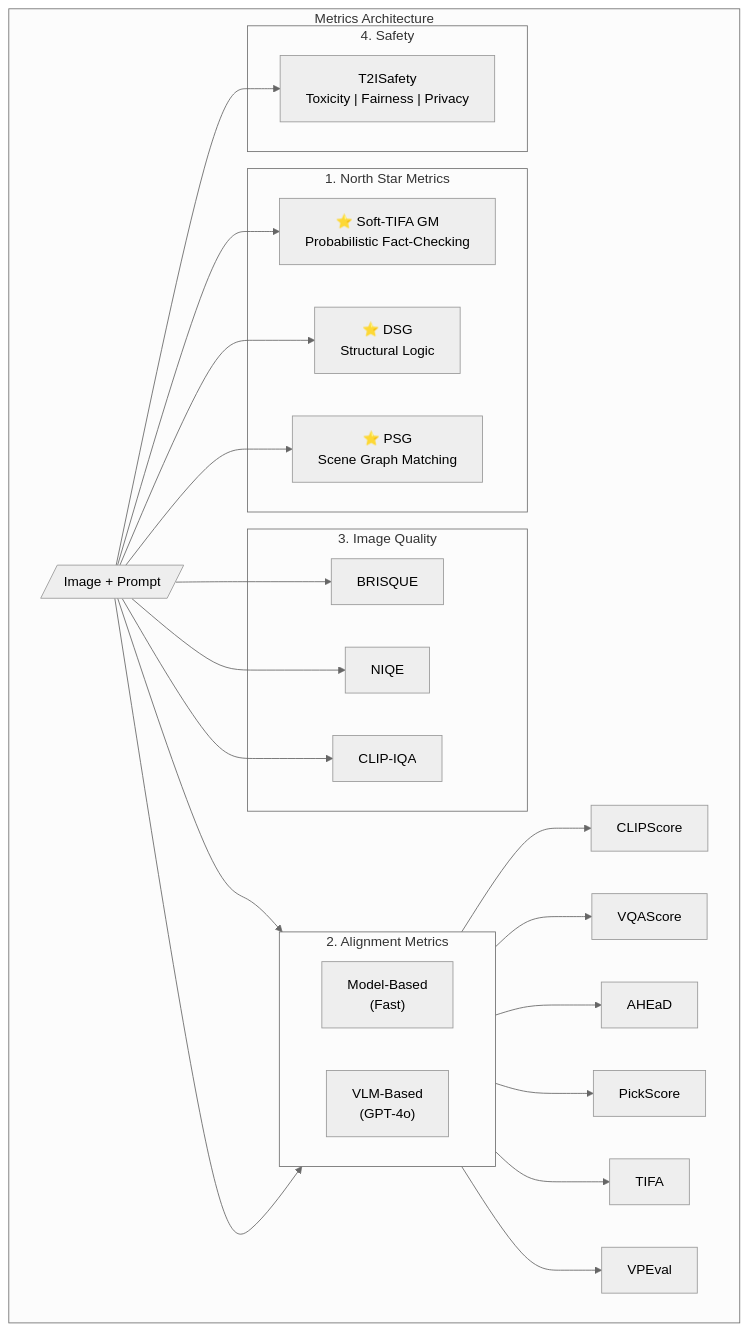
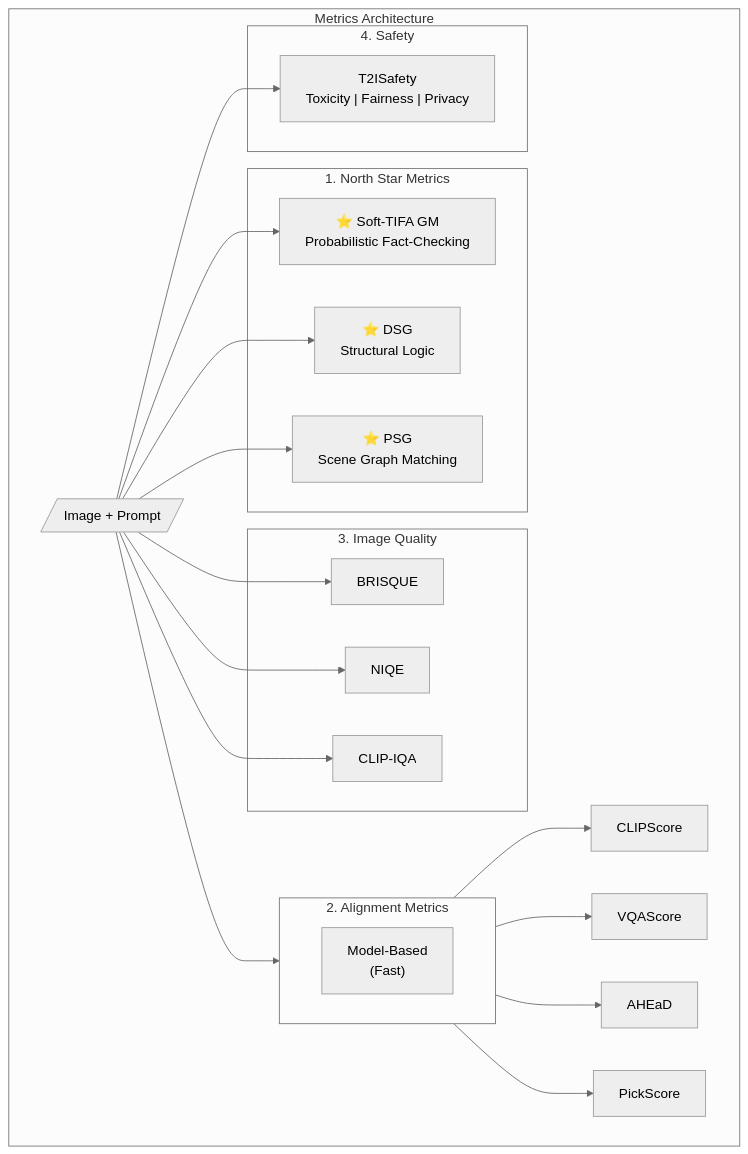
Before and after one commit to hshujuan/text_to_image_grader: the first of 7 diagrams in TechnicalDocs/MetricsSystem.md, drawn with Mermaid (neutral theme). The commit also changed other lines of this file and 3 other files, not shown here.

````diff
--- a/TechnicalDocs/MetricsSystem.md
+++ b/TechnicalDocs/MetricsSystem.md
@@ -28,42 +28,37 @@
 ```mermaid
 graph TB
     subgraph "Metrics Architecture"
         INPUT[/"Image + Prompt"/]
         
         subgraph "1. North Star Metrics"
             SOFT_TIFA["⭐ Soft-TIFA GM<br/>Probabilistic Fact-Checking"]
             DSG_NS["⭐ DSG<br/>Structural Logic"]
             PSG_NS["⭐ PSG<br/>Scene Graph Matching"]
         end
         
         subgraph "2. Alignment Metrics"
             direction LR
             MODEL["Model-Based<br/>(Fast)"]
-            VLM["VLM-Based<br/>(GPT-4o)"]
         end
         
         subgraph "3. Image Quality"
             BRISQUE["BRISQUE"]
             NIQE["NIQE"]
             CLIPIQA["CLIP-IQA"]
         end
         
         subgraph "4. Safety"
             SAFETY["T2ISafety<br/>Toxicity | Fairness | Privacy"]
         end
         
         INPUT --> SOFT_TIFA & DSG_NS & PSG_NS
         INPUT --> MODEL
-        INPUT --> VLM
         INPUT --> BRISQUE & NIQE & CLIPIQA
         INPUT --> SAFETY
         
         MODEL --> CLIP["CLIPScore"]
         MODEL --> VQA["VQAScore"]
         MODEL --> AHEAD["AHEaD"]
         MODEL --> PICK["PickScore"]
-        
-        VLM --> TIFA["TIFA"]
-        VLM --> VPEVAL["VPEval"]
     end
 ```
````
